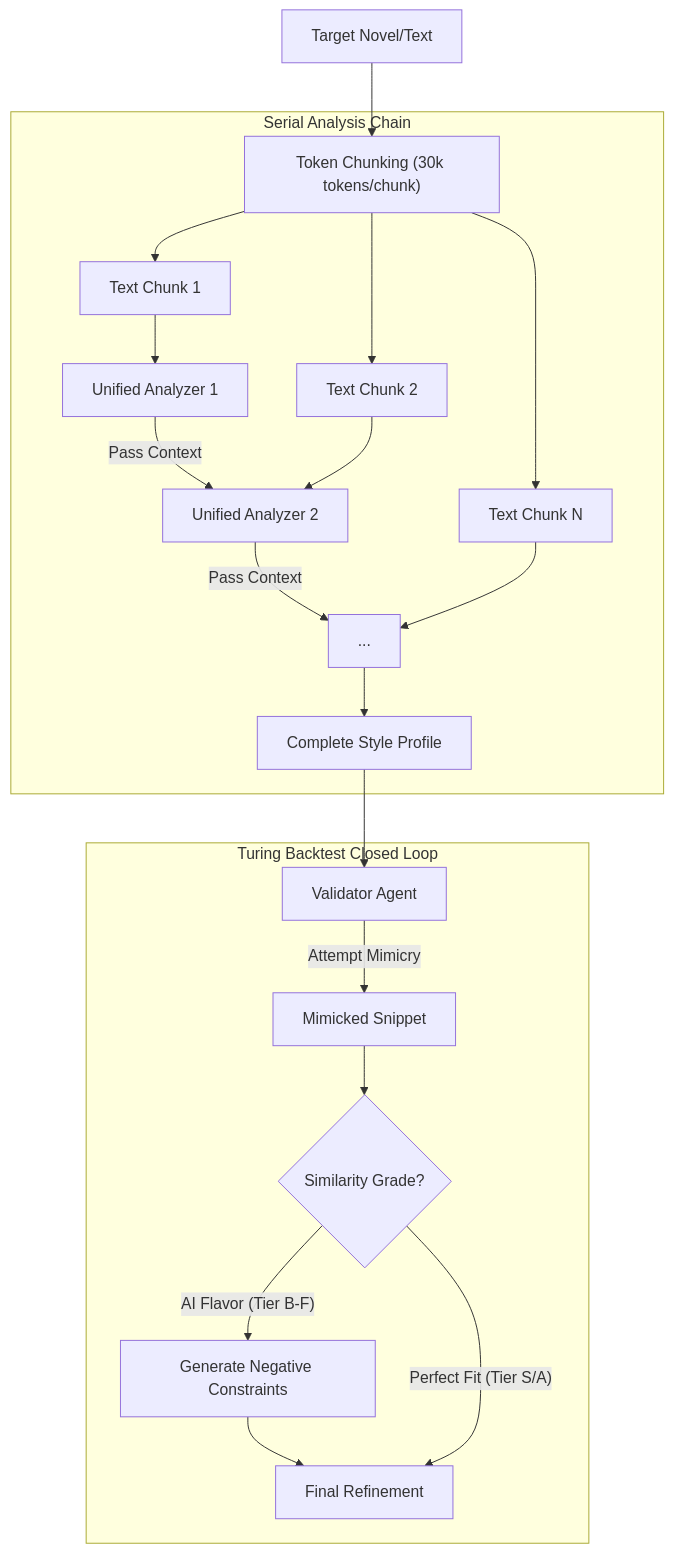
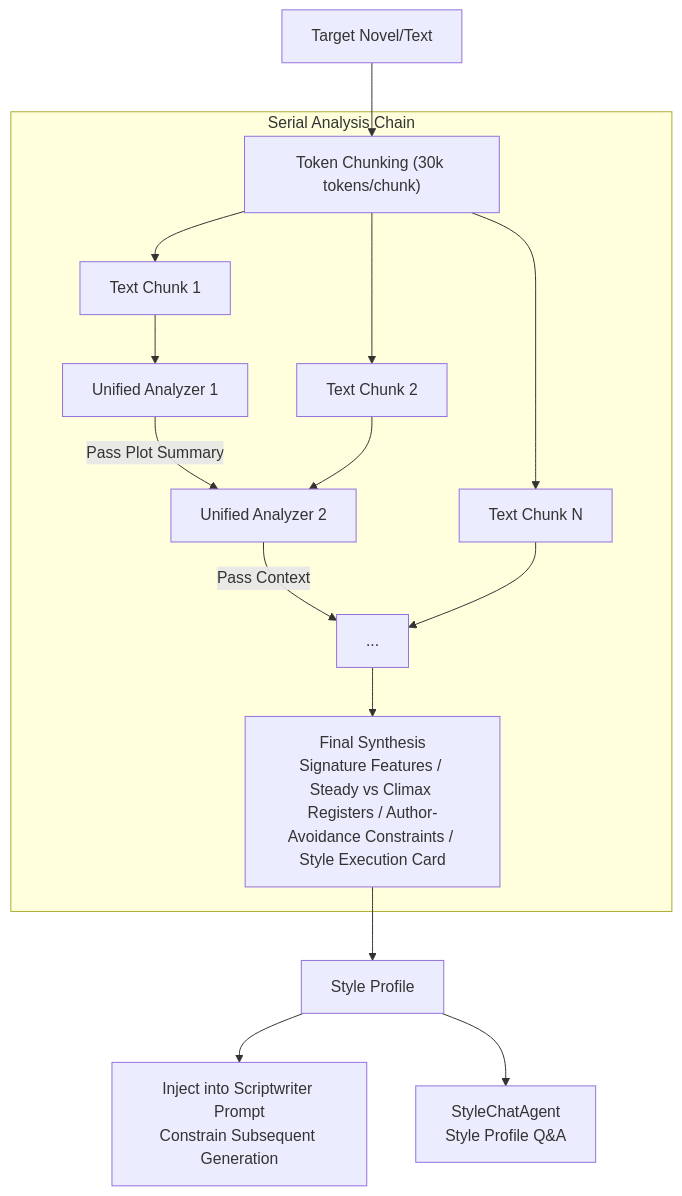
One commit to letmeow/spark-arc-studio changed the third of 5 diagrams in README.en.md. Above: the diagram before and after it, drawn with Mermaid. The commit also changed other lines of this file and 14 other files, not shown here.

Commit message:
🛠️修复：架构文档与注册表注释中的国际化解析函数与流式事件路径引用失效问题 ♻️重构：移动端工作流步骤导航，由底部横排通栏重构为右侧垂直极简悬浮导轨并精简标签文字 ⏫优化：移动端步骤卡片纵向空间利用率，配合导航侧移缩减卡片底部预留安全衬距 ⏫优化：四语主文档工程全貌与功能演进，同步多智能体自主流水线定位及最新交付资产特性 ⏫优化：风格克隆与故事图谱技术文档，校准统一串行分析工作流与智能体工具绑定现状 ⏫优化：法律合规索引与多平台部署说明，补全韩语服务条款条目并理清流水线移植指引 ⏫优化：版本管理忽略规则，将视频渲染输出目录追加至本地忽略配置清单

````diff
--- a/README.en.md
+++ b/README.en.md
@@ -473,29 +483,22 @@
 ```mermaid
 graph TD
     Input[Target Novel/Text] --> Chunker["Token Chunking (30k tokens/chunk)"]
-    
+
     subgraph "Serial Analysis Chain"
         Chunker --> Block1[Text Chunk 1]
         Block1 --> Analyzer1[Unified Analyzer 1]
-        Analyzer1 -- "Pass Context" --> Analyzer2[Unified Analyzer 2]
-        
+        Analyzer1 -- "Pass Plot Summary" --> Analyzer2[Unified Analyzer 2]
+
         Chunker --> Block2[Text Chunk 2]
         Block2 --> Analyzer2
         Analyzer2 -- "Pass Context" --> AnalyzerN[...]
-        
+
         Chunker --> BlockN[Text Chunk N]
         BlockN --> AnalyzerN
-        AnalyzerN --> FinalProfile[Complete Style Profile]
+        AnalyzerN --> Synthesis["Final Synthesis<br/>Signature Features / Steady vs Climax Registers / Author-Avoidance Constraints / Style Execution Card"]
     end
-    
-    subgraph "Turing Backtest Closed Loop"
-        FinalProfile --> Validator[Validator Agent]
-        Validator -- "Attempt Mimicry" --> MimicText[Mimicked Snippet]
-        MimicText --> Evaluator{Similarity Grade?}
-        
-        Evaluator -- "AI Flavor (Tier B-F)" --> Refine[Generate Negative Constraints]
-        Refine --> Finalizer[Final Refinement]
-        
-        Evaluator -- "Perfect Fit (Tier S/A)" --> Finalizer
-    end
+
+    Synthesis --> FinalProfile[Style Profile]
+    FinalProfile --> Injection["Inject into Scriptwriter Prompt<br/>Constrain Subsequent Generation"]
+    FinalProfile --> StyleChat["StyleChatAgent<br/>Style Profile Q&A"]
 ```
````
